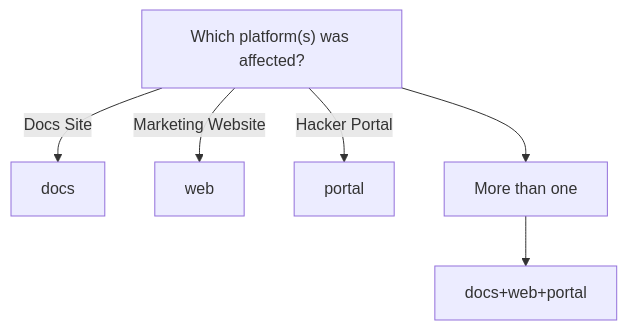
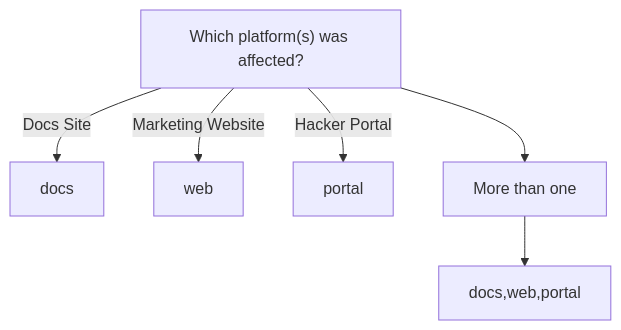
Before and after one commit to cuhacking/2025: the third of 3 diagrams in apps/docs/src/content/docs/contribution-guidelines/conventional-commits.mdx, drawn with Mermaid. The commit also changed other lines of this file, not shown here.

````diff
--- a/apps/docs/src/content/docs/contribution-guidelines/conventional-commits.mdx
+++ b/apps/docs/src/content/docs/contribution-guidelines/conventional-commits.mdx
@@ -74,9 +74,9 @@
 ```mermaid
 flowchart TD
 n1["Which platform(s) was affected?"]
 n1 --> |"Docs Site"| n4["docs"]
 n1 --> |"Marketing Website"| n2["web"]
 n1 --> |"Hacker Portal"| n3["portal"]
 n1 --> n5["More than one"]
-n5 --> n6["docs+web+portal"]
+n5 --> n6["docs,web,portal"]
 ```
````
